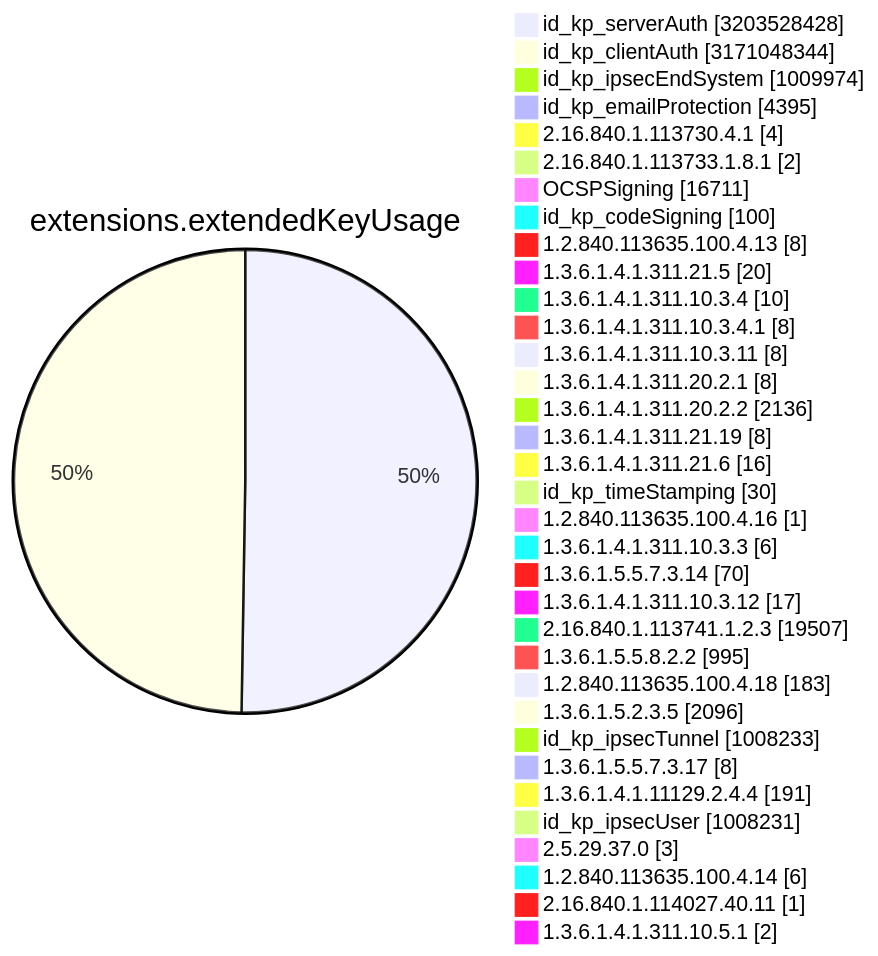
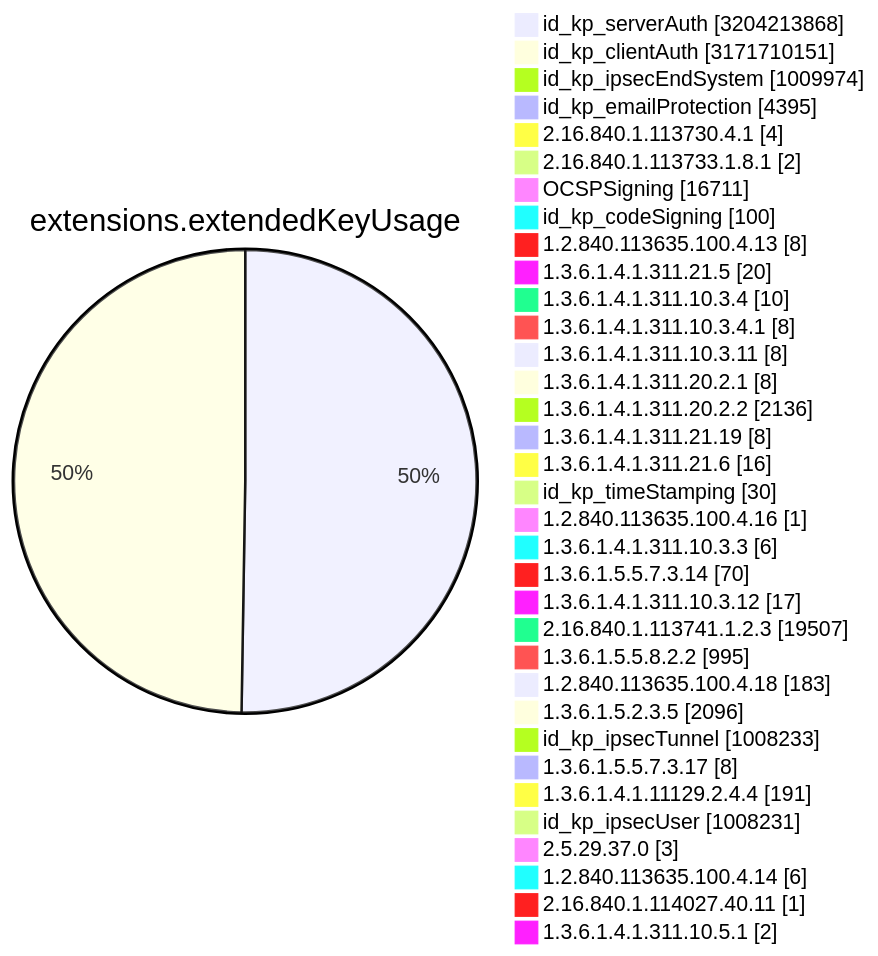
Diagram 11 of 15 in TOTAL/README.md (christiankrug/ctmonitor_visualization), drawn with Mermaid before and after one commit. The commit also changed other lines of this file, not shown here.

````diff
--- a/TOTAL/README.md
+++ b/TOTAL/README.md
@@ -4119,38 +4119,38 @@
 ```mermaid
 pie showData
 title extensions.extendedKeyUsage
-"id_kp_serverAuth" :3203528428
-"id_kp_clientAuth" :3171048344
+"id_kp_serverAuth" :3204213868
+"id_kp_clientAuth" :3171710151
 "id_kp_ipsecEndSystem" :1009974
 "id_kp_emailProtection" :4395
 "2.16.840.1.113730.4.1" :4
 "2.16.840.1.113733.1.8.1" :2
 "OCSPSigning" :16711
 "id_kp_codeSigning" :100
 "1.2.840.113635.100.4.13" :8
 "1.3.6.1.4.1.311.21.5" :20
 "1.3.6.1.4.1.311.10.3.4" :10
 "1.3.6.1.4.1.311.10.3.4.1" :8
 "1.3.6.1.4.1.311.10.3.11" :8
 "1.3.6.1.4.1.311.20.2.1" :8
 "1.3.6.1.4.1.311.20.2.2" :2136
 "1.3.6.1.4.1.311.21.19" :8
 "1.3.6.1.4.1.311.21.6" :16
 "id_kp_timeStamping" :30
 "1.2.840.113635.100.4.16" :1
 "1.3.6.1.4.1.311.10.3.3" :6
 "1.3.6.1.5.5.7.3.14" :70
 "1.3.6.1.4.1.311.10.3.12" :17
 "2.16.840.1.113741.1.2.3" :19507
 "1.3.6.1.5.5.8.2.2" :995
 "1.2.840.113635.100.4.18" :183
 "1.3.6.1.5.2.3.5" :2096
 "id_kp_ipsecTunnel" :1008233
 "1.3.6.1.5.5.7.3.17" :8
 "1.3.6.1.4.1.11129.2.4.4" :191
 "id_kp_ipsecUser" :1008231
 "2.5.29.37.0" :3
 "1.2.840.113635.100.4.14" :6
 "2.16.840.1.114027.40.11" :1
 "1.3.6.1.4.1.311.10.5.1" :2
 ```
````
